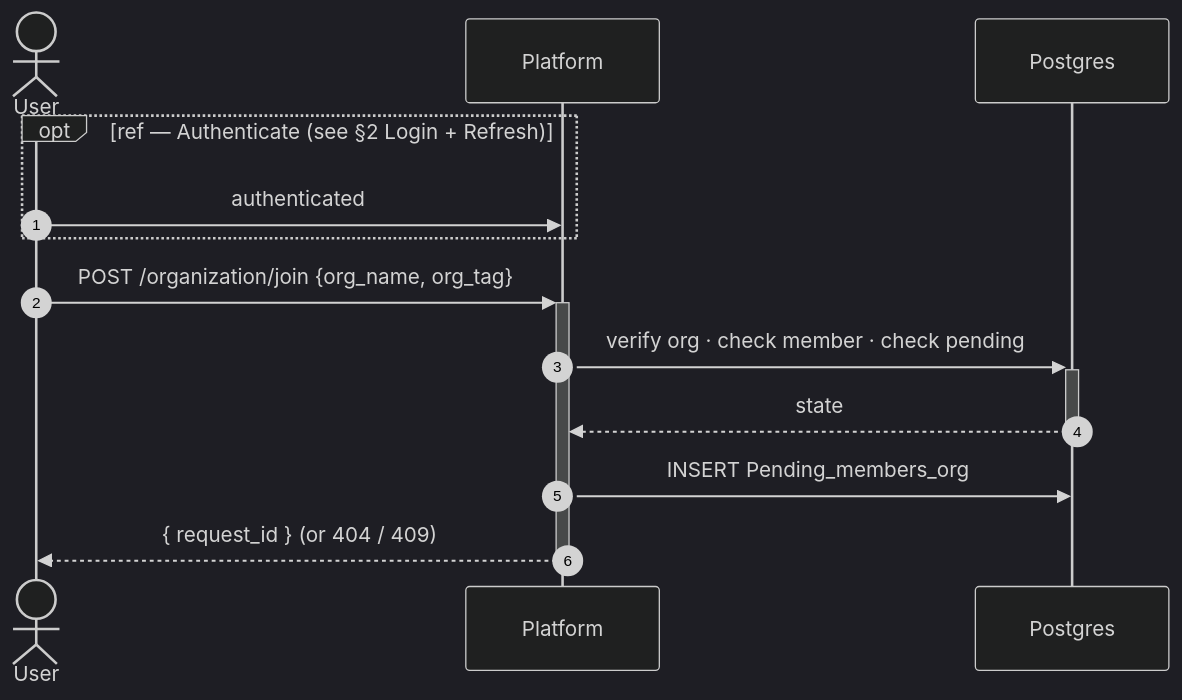
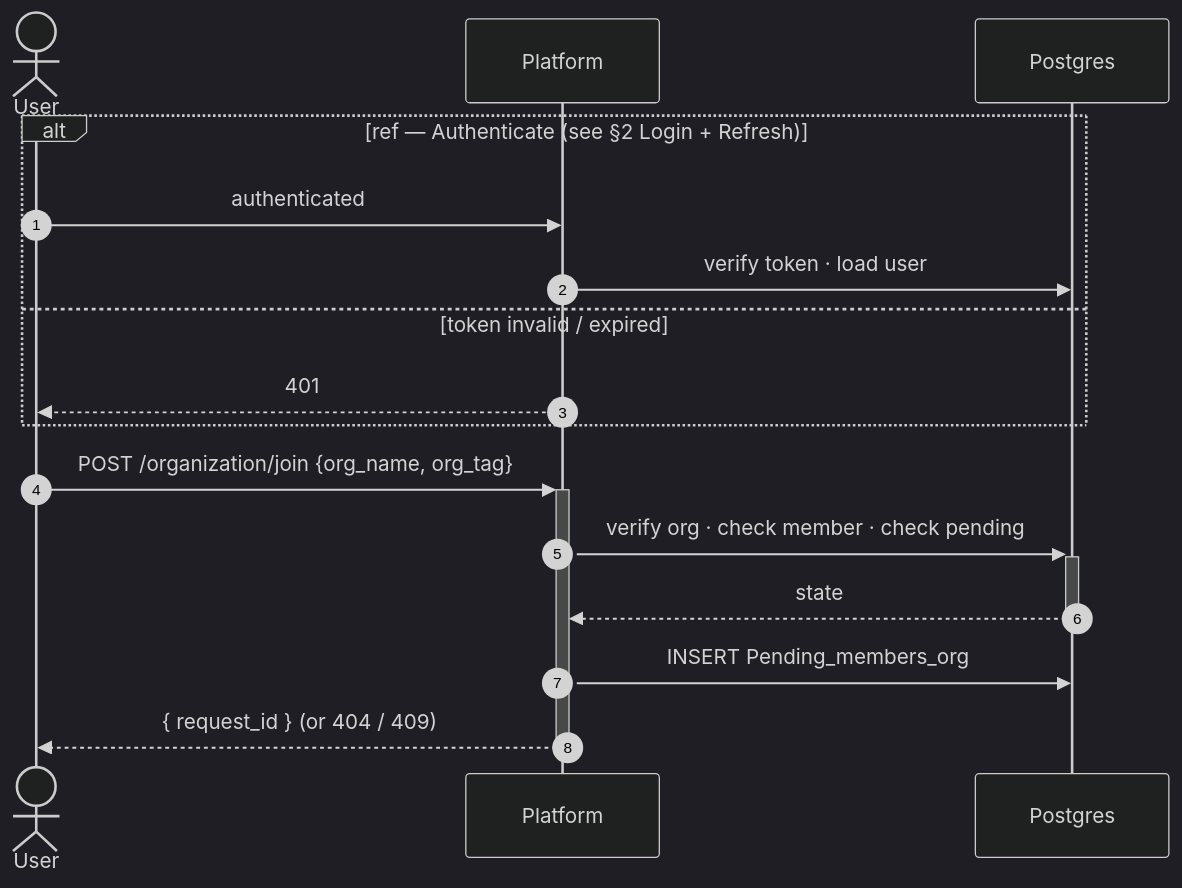
The fifth of 16 diagrams in docs/SEQUENCE_DIAGRAMS.md (MohamedChebbi123/teamnest), drawn with Mermaid (dark theme) before and after one commit. The commit also changed other lines of this file, not shown here.

````diff
--- a/docs/SEQUENCE_DIAGRAMS.md
+++ b/docs/SEQUENCE_DIAGRAMS.md
@@ -152,17 +153,20 @@
 ```mermaid
 sequenceDiagram
     autonumber
     actor User
     participant API as Platform
     participant DB as Postgres
 
-    opt ref — Authenticate (see §2 Login + Refresh)
+    alt ref — Authenticate (see §2 Login + Refresh)
         User->>API: authenticated
+        API->>DB: verify token · load user
+    else token invalid / expired
+        API-->>User: 401
     end
 
     User->>+API: POST /organization/join {org_name, org_tag}
     API->>+DB: verify org · check member · check pending
     DB-->>-API: state
     API->>DB: INSERT Pending_members_org
     API-->>-User: { request_id } (or 404 / 409)
 ```
````
